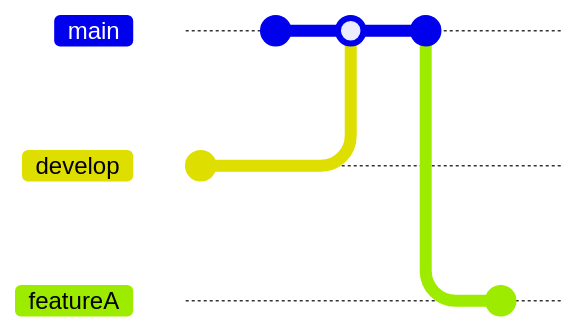
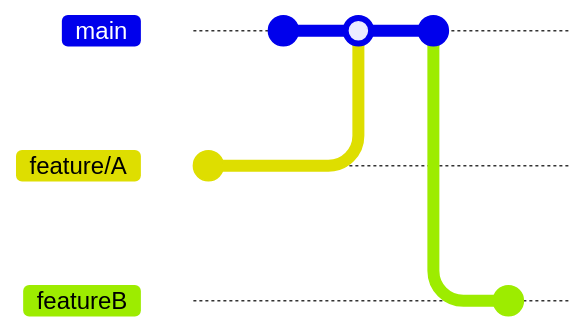
One commit to petitess/markdown changed the first of 3 diagrams in mermaid04.md. Above: the diagram before and after it, drawn with Mermaid. Commit ids are hidden.

````diff
--- a/mermaid04.md
+++ b/mermaid04.md
@@ -1,11 +1,11 @@
 ```mermaid
 gitGraph
-       branch develop
+       branch feature/A
        commit
        checkout main
        commit
-       merge develop
+       merge feature/A
        commit
-       branch featureA
+       branch featureB
        commit
 ```
````
